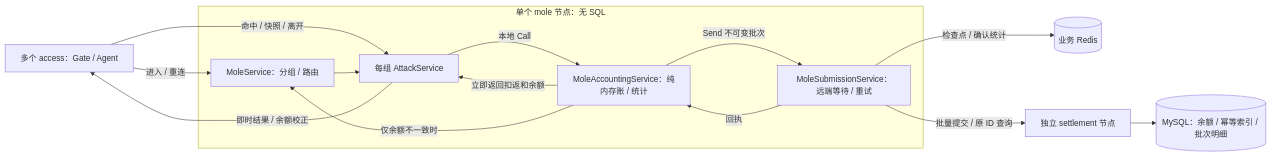
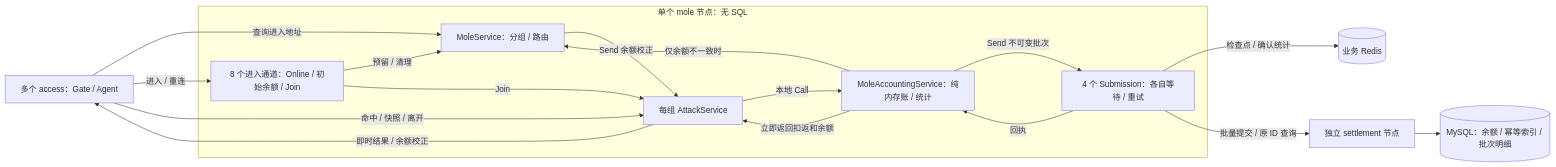
Before and after one commit to cnooljaw/gsrdemo: the diagram in docs/DESIGN.md, drawn with Mermaid. The commit also changed other lines of this file and 17 other files, not shown here.

````diff
--- a/docs/DESIGN.md
+++ b/docs/DESIGN.md
@@ -143,17 +145,21 @@
 ```mermaid
 flowchart LR
-    A["多个 access：Gate / Agent"] -->|"进入 / 重连"| E
+    A["多个 access：Gate / Agent"] -->|"查询进入地址"| E
+    A -->|"进入 / 重连"| I
     A -->|"命中 / 快照 / 离开"| G
     subgraph M["单个 mole 节点：无 SQL"]
-        E["MoleService：分组 / 路由"] --> G["每组 AttackService"]
+        E["MoleService：分组 / 路由"]
+        I["8 个进入通道：Online / 初始余额 / Join"] -->|"预留 / 清理"| E
+        I -->|"Join"| G["每组 AttackService"]
+        E -->|"Send 余额校正"| G
         G -->|"本地 Call"| B["MoleAccountingService：纯内存账 / 统计"]
         B -->|"立即返回扣返和余额"| G
-        B -->|"Send 不可变批次"| T["MoleSubmissionService：远端等待 / 重试"]
+        B -->|"Send 不可变批次"| T["4 个 Submission：各自等待 / 重试"]
         T -->|"回执"| B
         B -->|"仅余额不一致时"| E
     end
     G -->|"即时结果 / 余额校正"| A
     T -->|"检查点 / 确认统计"| R[("业务 Redis")]
     T -->|"批量提交 / 原 ID 查询"| S["独立 settlement 节点"]
     S --> D[("MySQL：余额 / 幂等索引 / 批次明细")]
 ```
````
